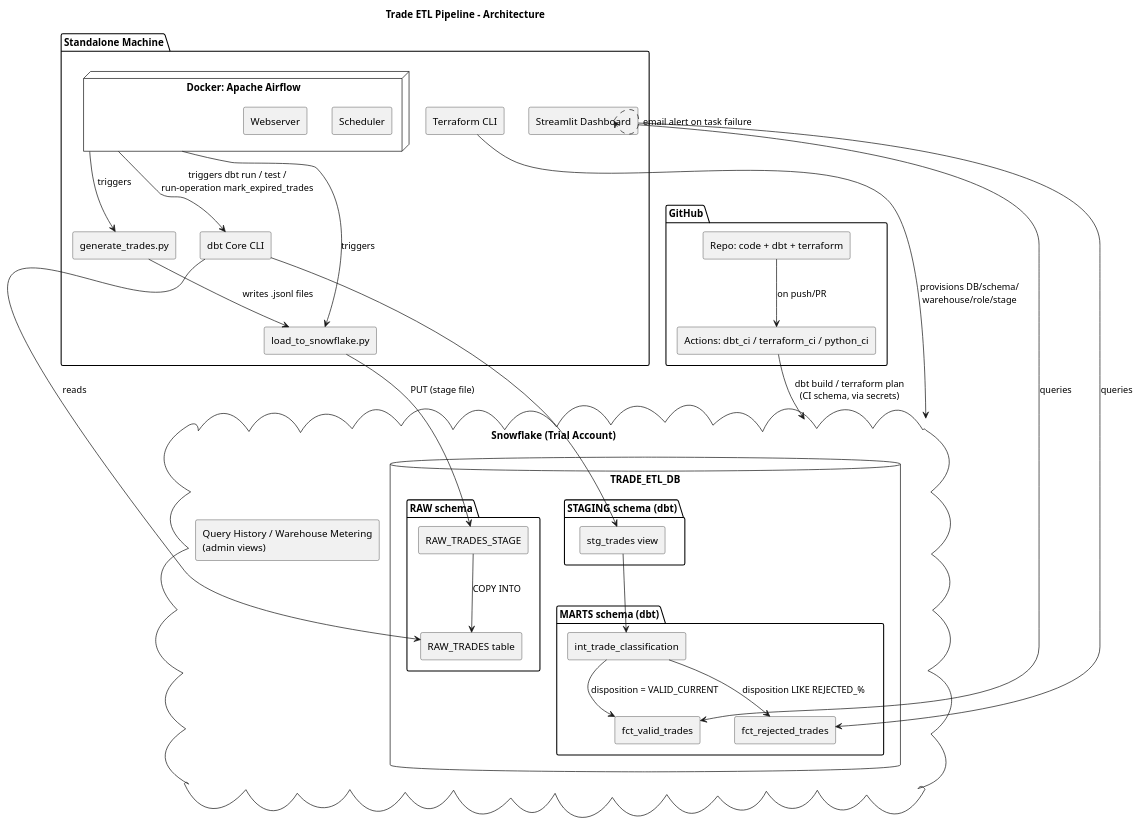
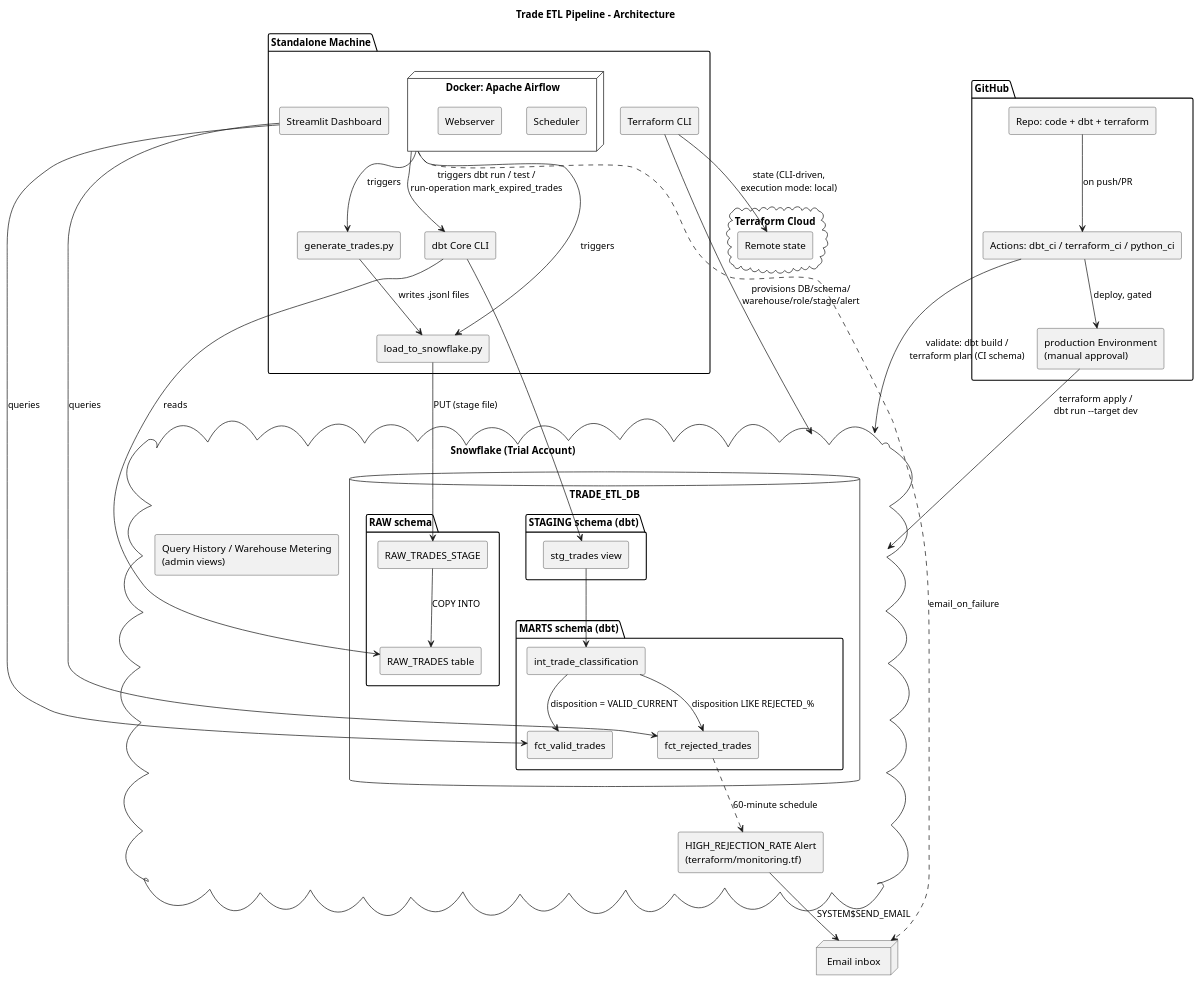
Before and after one commit to ramanjaneyulu73/trade-etl-case-study: the diagram in docs/diagrams/architecture.puml, drawn with PlantUML. The commit also changed 4 other files, not shown here.

```diff
--- a/docs/diagrams/architecture.puml
+++ b/docs/diagrams/architecture.puml
@@ -1,59 +1,72 @@
 @startuml architecture
 title Trade ETL Pipeline - Architecture
 
 skinparam componentStyle rectangle
 
 package "Standalone Machine" {
   [generate_trades.py] as Gen
   [load_to_snowflake.py] as Load
   [dbt Core CLI] as Dbt
   [Streamlit Dashboard] as Dash
   [Terraform CLI] as TF
   node "Docker: Apache Airflow" as Airflow {
     [Scheduler]
     [Webserver]
   }
+}
+
+cloud "Terraform Cloud" as TFC {
+  [Remote state] as TFState
 }
 
 cloud "Snowflake (Trial Account)" {
   database "TRADE_ETL_DB" {
     folder "RAW schema" {
       [RAW_TRADES_STAGE] as Stage
       [RAW_TRADES table] as RawTable
     }
     folder "STAGING schema (dbt)" {
       [stg_trades view]
     }
     folder "MARTS schema (dbt)" {
       [int_trade_classification]
       [fct_valid_trades]
       [fct_rejected_trades]
     }
   }
   [Query History / Warehouse Metering\n(admin views)] as AdminViews
+  [HIGH_REJECTION_RATE Alert\n(terraform/monitoring.tf)] as Alert
 }
 
 package "GitHub" {
   [Repo: code + dbt + terraform] as Repo
   [Actions: dbt_ci / terraform_ci / python_ci] as CI
+  [production Environment\n(manual approval)] as Env
 }
+
+node "Email inbox" as Inbox
 
 Gen --> Load : writes .jsonl files
 Load --> Stage : PUT (stage file)
 Stage --> RawTable : COPY INTO
 Airflow --> Gen : triggers
 Airflow --> Load : triggers
 Airflow --> Dbt : triggers dbt run / test /\nrun-operation mark_expired_trades
 Dbt --> RawTable : reads
 Dbt --> [stg_trades view]
 [stg_trades view] --> [int_trade_classification]
 [int_trade_classification] --> [fct_valid_trades] : disposition = VALID_CURRENT
 [int_trade_classification] --> [fct_rejected_trades] : disposition LIKE REJECTED_%
+[fct_rejected_trades] ..> Alert : 60-minute schedule
+Alert --> Inbox : SYSTEM$SEND_EMAIL
+Airflow ..> Inbox : email_on_failure
 Dash --> [fct_valid_trades] : queries
 Dash --> [fct_rejected_trades] : queries
-TF --> "Snowflake (Trial Account)" : provisions DB/schema/\nwarehouse/role/stage
+TF --> TFState : state (CLI-driven,\nexecution mode: local)
+TF --> "Snowflake (Trial Account)" : provisions DB/schema/\nwarehouse/role/stage/alert
 Repo --> CI : on push/PR
-CI --> "Snowflake (Trial Account)" : dbt build / terraform plan\n(CI schema, via secrets)
-Airflow ..> Airflow : email alert on task failure
+CI --> "Snowflake (Trial Account)" : validate: dbt build /\nterraform plan (CI schema)
+CI --> Env : deploy, gated
+Env --> "Snowflake (Trial Account)" : terraform apply /\ndbt run --target dev
 
 @enduml
```
